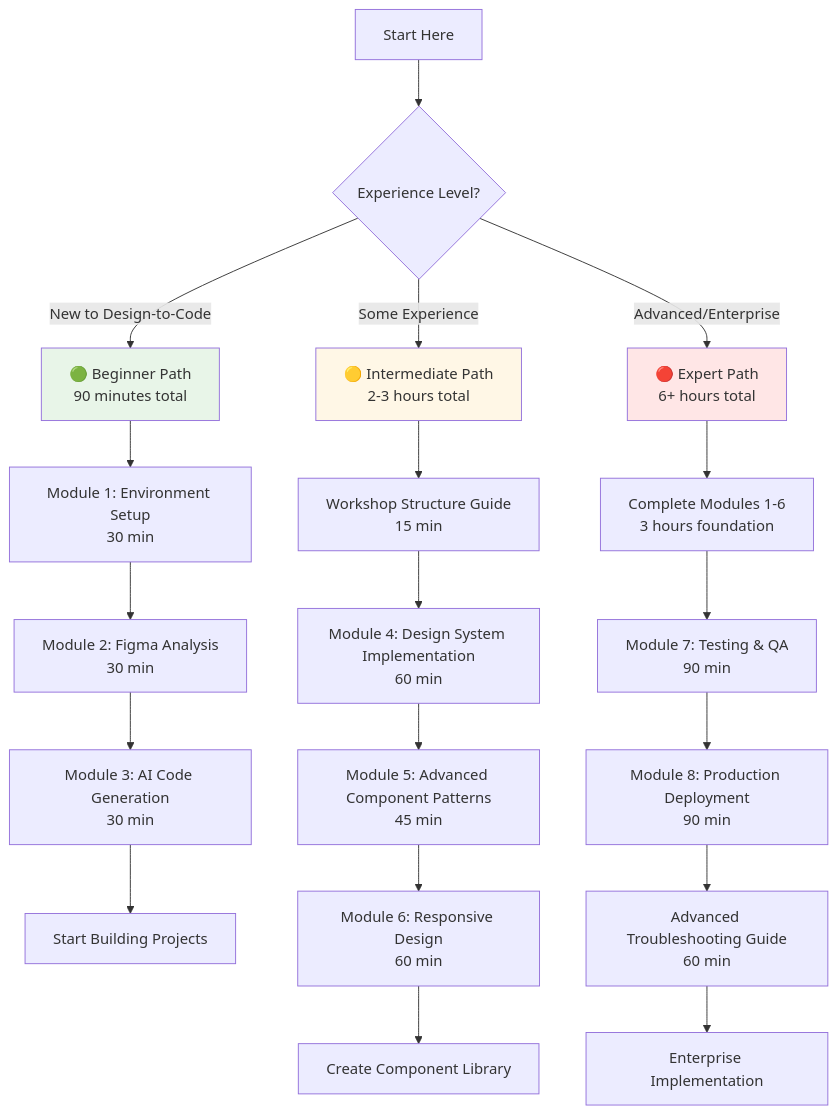
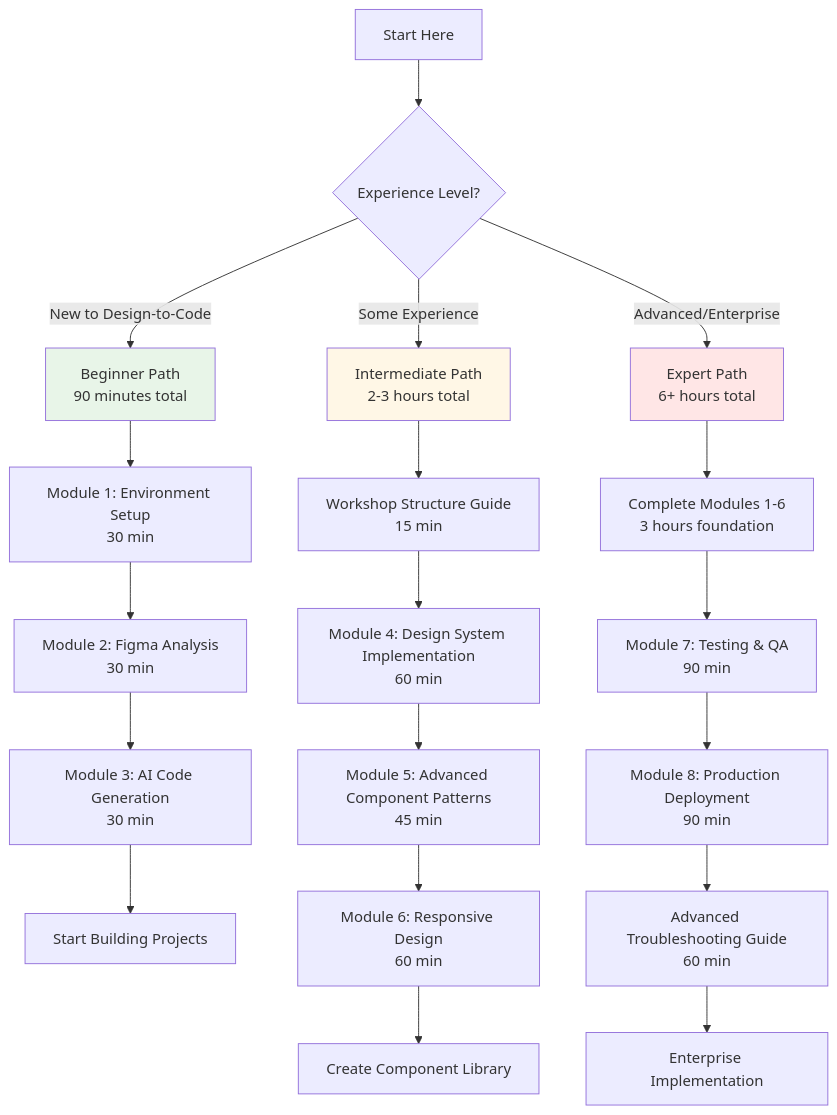
One commit to paulasilvatech/Design-to-Code-Dev changed the diagram in docs/QUICK_START.md. Above: the diagram before and after it, drawn with Mermaid. The commit also changed other lines of this file and 4 other files, not shown here.

````diff
--- a/docs/QUICK_START.md
+++ b/docs/QUICK_START.md
@@ -45,29 +45,29 @@
 ```mermaid
 graph TD
     A[Start Here] --> B{Experience Level?}
     
-    B -->|New to Design-to-Code| C[🟢 Beginner Path<br/>90 minutes total]
-    B -->|Some Experience| D[🟡 Intermediate Path<br/>2-3 hours total]
-    B -->|Advanced/Enterprise| E[🔴 Expert Path<br/>6+ hours total]
+    B -->|New to Design-to-Code| C[Beginner Path<br/>90 minutes total]
+    B -->|Some Experience| D[Intermediate Path<br/>2-3 hours total]
+    B -->|Advanced/Enterprise| E[Expert Path<br/>6+ hours total]
     
     C --> C1[Module 1: Environment Setup<br/>30 min]
     C1 --> C2[Module 2: Figma Analysis<br/>30 min]
     C2 --> C3[Module 3: AI Code Generation<br/>30 min]
     C3 --> F[Start Building Projects]
     
     D --> D1[Workshop Structure Guide<br/>15 min]
     D1 --> D2[Module 4: Design System Implementation<br/>60 min]
     D2 --> D3[Module 5: Advanced Component Patterns<br/>45 min]
     D3 --> D4[Module 6: Responsive Design<br/>60 min]
     D4 --> G[Create Component Library]
     
     E --> E1[Complete Modules 1-6<br/>3 hours foundation]
     E1 --> E2[Module 7: Testing & QA<br/>90 min]
     E2 --> E3[Module 8: Production Deployment<br/>90 min]
     E3 --> E4[Advanced Troubleshooting Guide<br/>60 min]
     E4 --> H[Enterprise Implementation]
     
     style C fill:#e8f5e8
     style D fill:#fff7e6
     style E fill:#ffe6e6
 ```
````
